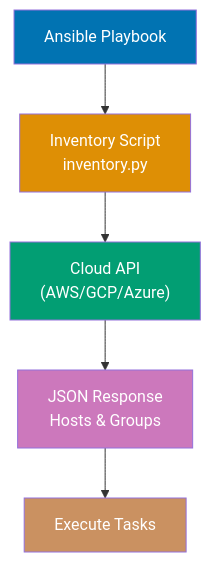
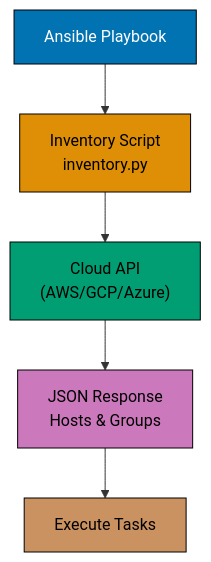
The fourth of 8 diagrams in apps/ayokoding-www/content/en/learn/legacy/software-engineering/infrastructure/tools/ansible/by-example/beginner.md (wahidyankf/ose-public), drawn with Mermaid before and after one commit. The commit also changed other lines of this file and 131 other files, not shown here.

First line of the commit message:
fix(mermaid): bring the legacy data, infrastructure, and testing diagrams onto the accessible palette

````diff
--- a/apps/ayokoding-www/content/en/learn/legacy/software-engineering/infrastructure/tools/ansible/by-example/beginner.md
+++ b/apps/ayokoding-www/content/en/learn/legacy/software-engineering/infrastructure/tools/ansible/by-example/beginner.md
@@ -923,14 +946,22 @@
 ```mermaid
 %% Color Palette: Blue #0173B2, Orange #DE8F05, Teal #029E73, Purple #CC78BC, Brown #CA9161
 graph TD
+ accTitle: Example 10: Dynamic Inventory Basics
+ accDescr: Graph with 6 nodes and 5 connections. Nodes: Ansible Playbook, Inventory Script inventory.py, Cloud API (AWS/GCP/Azure), D, Groups, Execute Tasks. Connections: Ansible Playbook to Inventory Script inventory.py, Inventory Script inventory.py to Cloud API (AWS/GCP/Azure), Cloud API (AWS/GCP/Azure) to D, Cloud API (AWS/GCP/Azure) to Groups, D to Execute Tasks.
  A["Ansible Playbook"] --> B["Inventory Script<br/>inventory.py"]
  B --> C["Cloud API<br/>(AWS/GCP/Azure)"]
  C --> D["JSON Response<br/>Hosts & Groups"]
  D --> E["Execute Tasks"]
 
- style A fill:#0173B2,color:#fff
- style B fill:#DE8F05,color:#fff
- style C fill:#029E73,color:#fff
- style D fill:#CC78BC,color:#fff
- style E fill:#CA9161,color:#fff
+ classDef pal-0173B2 fill:#0173B2,stroke:#000000,color:#FFFFFF
+ class A pal-0173B2
+ classDef pal-DE8F05 fill:#DE8F05,stroke:#000000,color:#000000
+ class B pal-DE8F05
+ classDef pal-029E73 fill:#029E73,stroke:#000000,color:#000000
+ class C pal-029E73
+ classDef pal-CC78BC fill:#CC78BC,stroke:#000000,color:#000000
+ class D pal-CC78BC
+ classDef pal-CA9161 fill:#CA9161,stroke:#000000,color:#000000
+ class E pal-CA9161
+ classDef default fill:#FFFFFF,stroke:#000000,color:#000000
 ```
````
